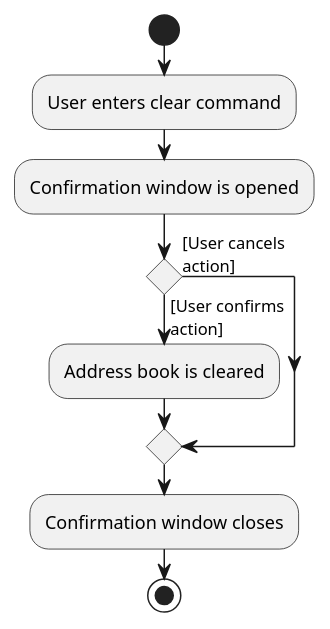
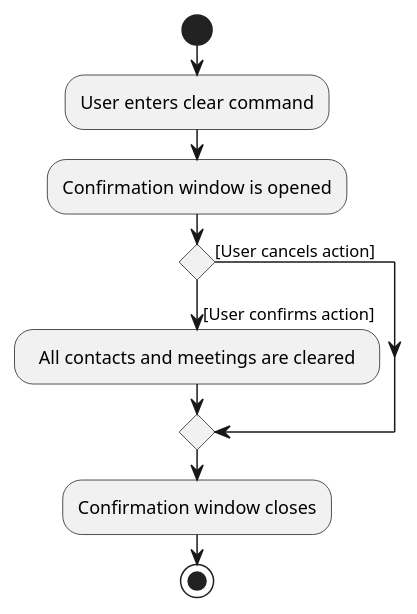
The diagram in docs/diagrams/ClearActivityDiagram.puml (tonishka/tp), drawn with PlantUML before and after one commit. The commit also changed 1 other file, not shown here.

Commit message:
Update clear activity diagram

```diff
--- a/docs/diagrams/ClearActivityDiagram.puml
+++ b/docs/diagrams/ClearActivityDiagram.puml
@@ -1,15 +1,14 @@
 @startuml
 
 start
 :User enters clear command;
 :Confirmation window is opened;
-if () then ([User confirms
-action])
-  :Address book is cleared;
-else ([User cancels
-action])
+if () then (
+[User confirms action])
+  :  All contacts and meetings are cleared  ;
+else ([User cancels action])
 endif
 :Confirmation window closes;
 stop
 
 @enduml
```
